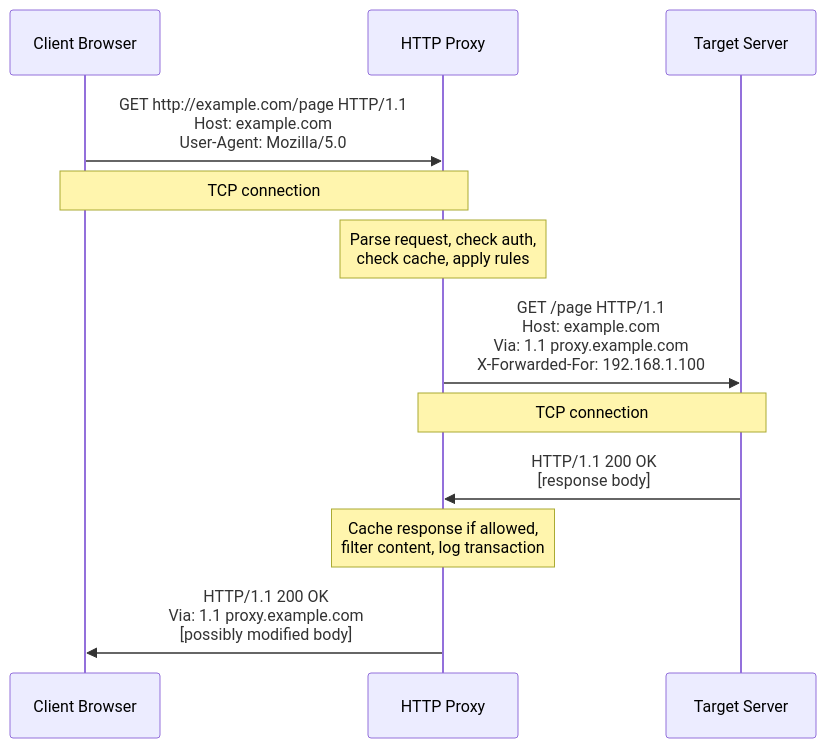
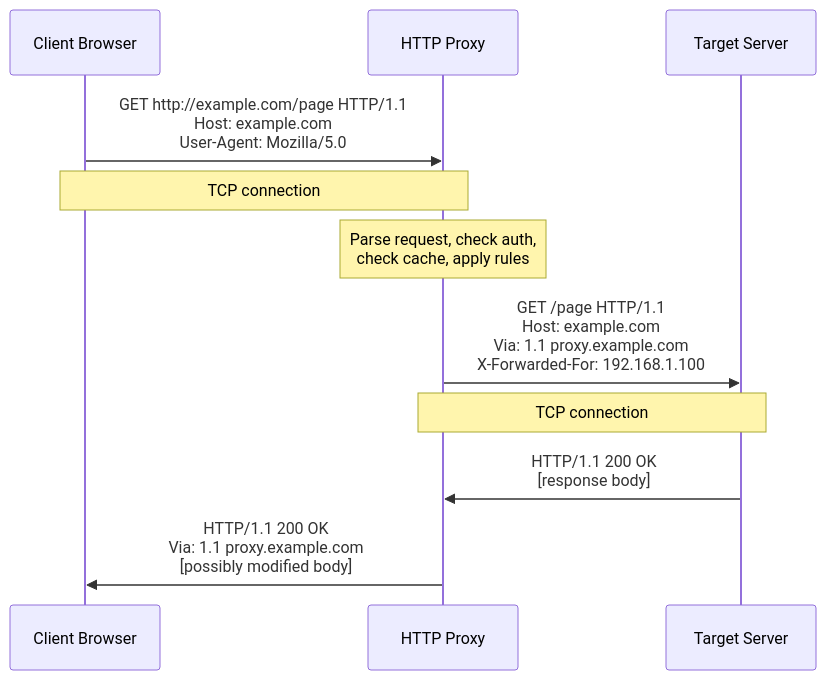
Before and after one commit to autoscrape-labs/pydoll: the first of 2 diagrams in docs/en/deep-dive/network/http-proxies.md, drawn with Mermaid. The commit also changed other lines of this file and 120 other files, not shown here.

````diff
--- a/docs/en/deep-dive/network/http-proxies.md
+++ b/docs/en/deep-dive/network/http-proxies.md
@@ -23,20 +13,18 @@
 ```mermaid
 sequenceDiagram
     participant Client as Client Browser
     participant Proxy as HTTP Proxy
     participant Server as Target Server
 
     Client->>Proxy: GET http://example.com/page HTTP/1.1<br/>Host: example.com<br/>User-Agent: Mozilla/5.0
     Note over Client,Proxy: TCP connection #1
 
     Note over Proxy: Parse request, check auth,<br/>check cache, apply rules
 
     Proxy->>Server: GET /page HTTP/1.1<br/>Host: example.com<br/>Via: 1.1 proxy.example.com<br/>X-Forwarded-For: 192.168.1.100
     Note over Proxy,Server: TCP connection #2
 
     Server->>Proxy: HTTP/1.1 200 OK<br/>[response body]
 
-    Note over Proxy: Cache response if allowed,<br/>filter content, log transaction
-
     Proxy->>Client: HTTP/1.1 200 OK<br/>Via: 1.1 proxy.example.com<br/>[possibly modified body]
 ```
````
